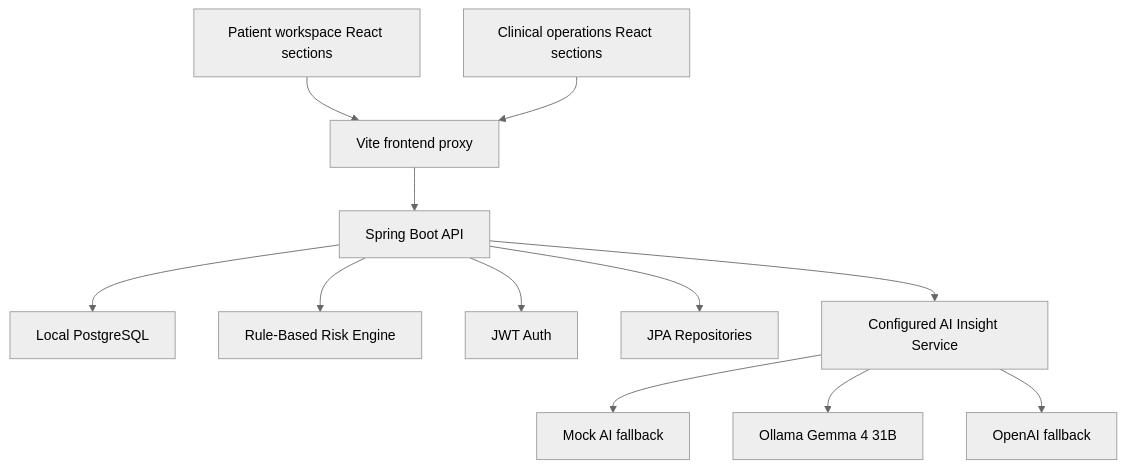
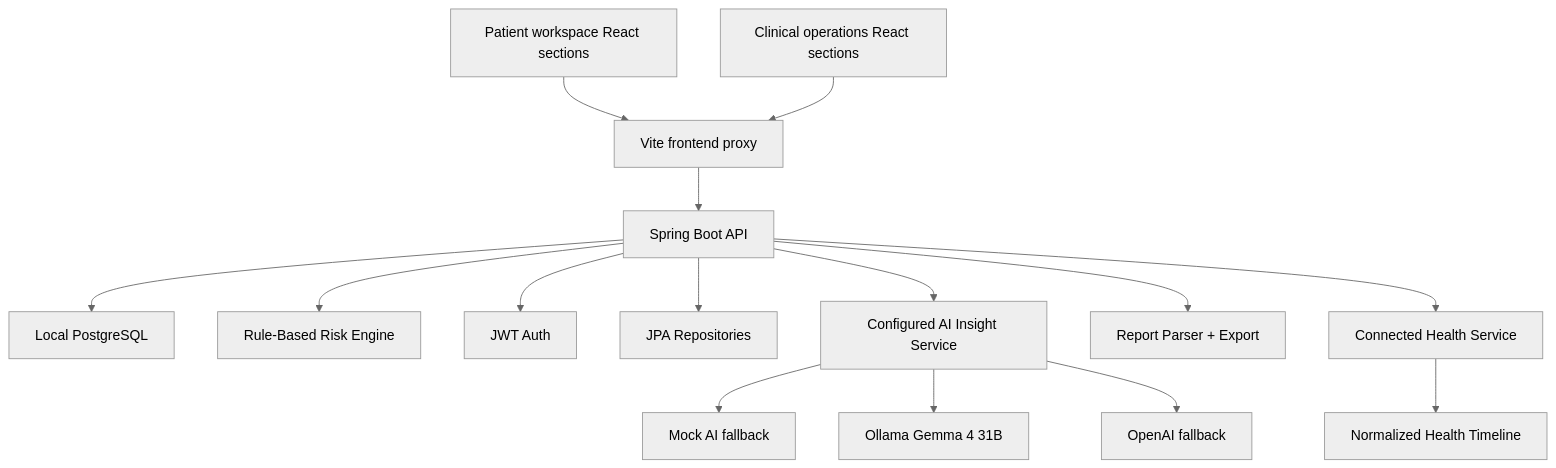
One commit to VAMSIBALAKIRANPOLISETTY/PMS_PROJECT changed the first of 4 diagrams in docs/architecture.md. Above: the diagram before and after it, drawn with Mermaid (neutral theme). The commit also changed other lines of this file and 54 other files, not shown here.

````diff
--- a/docs/architecture.md
+++ b/docs/architecture.md
@@ -3,14 +3,17 @@
 ```mermaid
 flowchart TD
   A["Patient workspace React sections"] --> B["Vite frontend proxy"]
   C["Clinical operations React sections"] --> B
   B --> D["Spring Boot API"]
   D --> E["Local PostgreSQL"]
   D --> F["Rule-Based Risk Engine"]
   D --> G["JWT Auth"]
   D --> H["JPA Repositories"]
   D --> I["Configured AI Insight Service"]
+  D --> M["Report Parser + Export"]
+  D --> N["Connected Health Service"]
   I --> J["Mock AI fallback"]
   I --> K["Ollama Gemma 4 31B"]
   I --> L["OpenAI fallback"]
+  N --> O["Normalized Health Timeline"]
 ```
````
